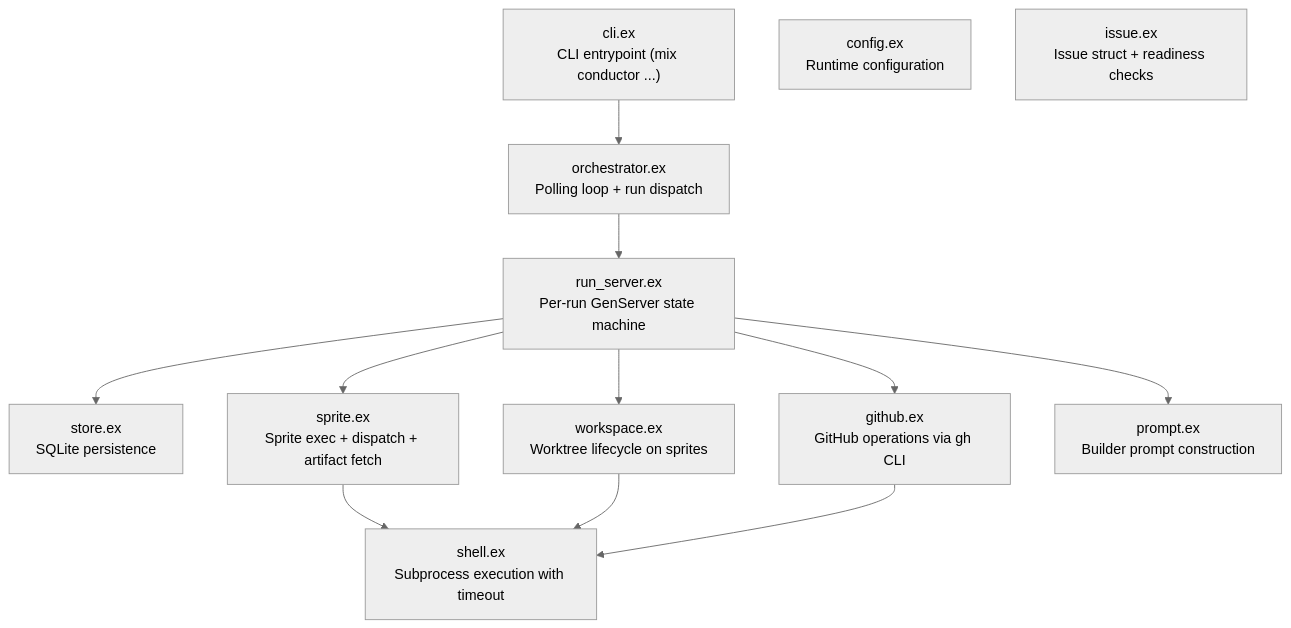
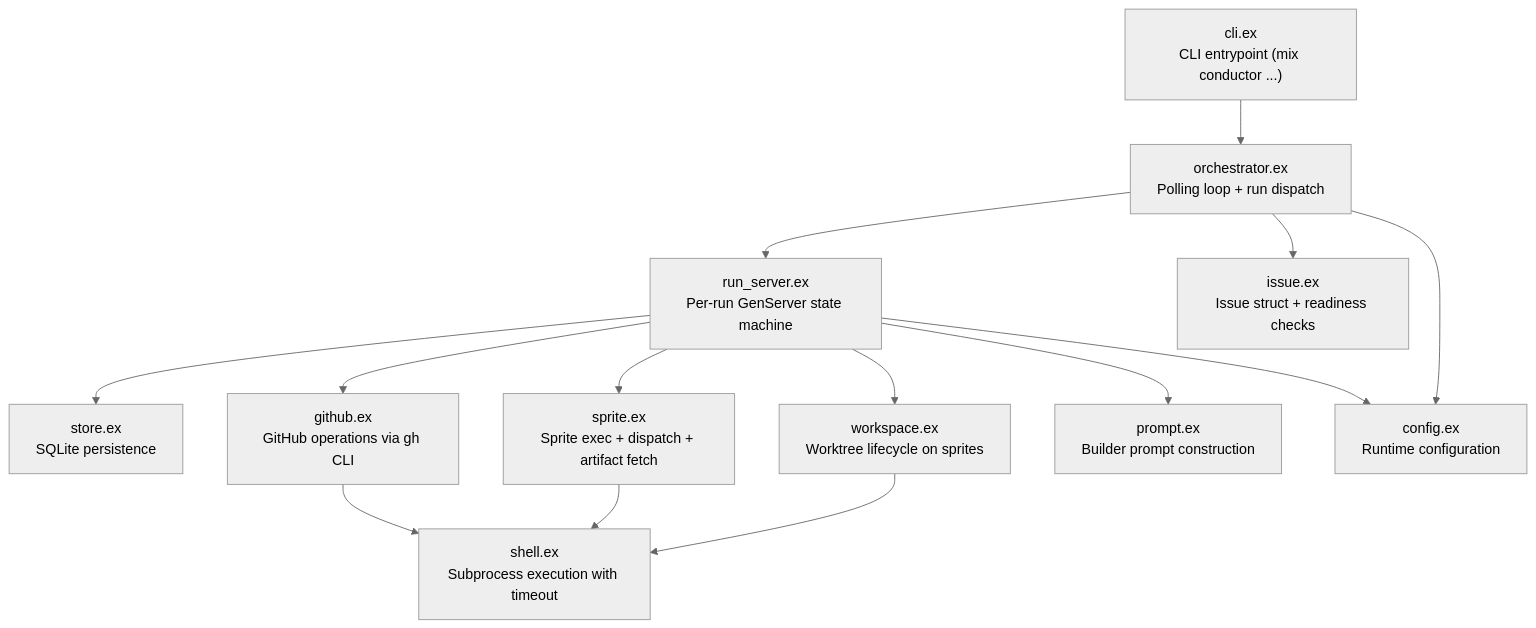
One commit to misty-step/bitterblossom changed the first of 4 diagrams in docs/architecture/conductor.md. Above: the diagram before and after it, drawn with Mermaid (neutral theme). The commit also changed other lines of this file and 1 other file, not shown here.

Commit message:
docs: fix diagram inaccuracies flagged in review
- Merge DB/Events into single SQLite node in system overview (both are
  the same conductor.db file; separate nodes implied two stores)
- Fix trace bullet artifact exchange: conductor pulls via
  Sprite.read_artifact, sprite does not push to conductor
- Wire orphan Config and Issue nodes in module map (both are used by
  Orchestrator; Config also used by RunServer)
- Remove pick_worker/1 from Orchestrator key interfaces (private defp)

````diff
--- a/docs/architecture/conductor.md
+++ b/docs/architecture/conductor.md
@@ -9,25 +9,28 @@
 ```mermaid
 flowchart TD
     CLI["cli.ex\nCLI entrypoint (mix conductor ...)"]
     Orchestrator["orchestrator.ex\nPolling loop + run dispatch"]
     RunServer["run_server.ex\nPer-run GenServer state machine"]
     Store["store.ex\nSQLite persistence"]
     GitHub["github.ex\nGitHub operations via gh CLI"]
     Sprite["sprite.ex\nSprite exec + dispatch + artifact fetch"]
     Workspace["workspace.ex\nWorktree lifecycle on sprites"]
     Prompt["prompt.ex\nBuilder prompt construction"]
     Shell["shell.ex\nSubprocess execution with timeout"]
     Config["config.ex\nRuntime configuration"]
     Issue["issue.ex\nIssue struct + readiness checks"]
 
     CLI --> Orchestrator
     Orchestrator --> RunServer
+    Orchestrator --> Issue
+    Orchestrator --> Config
     RunServer --> Store
     RunServer --> GitHub
     RunServer --> Sprite
     RunServer --> Workspace
     RunServer --> Prompt
+    RunServer --> Config
     Sprite --> Shell
     Workspace --> Shell
     GitHub --> Shell
 ```
````
